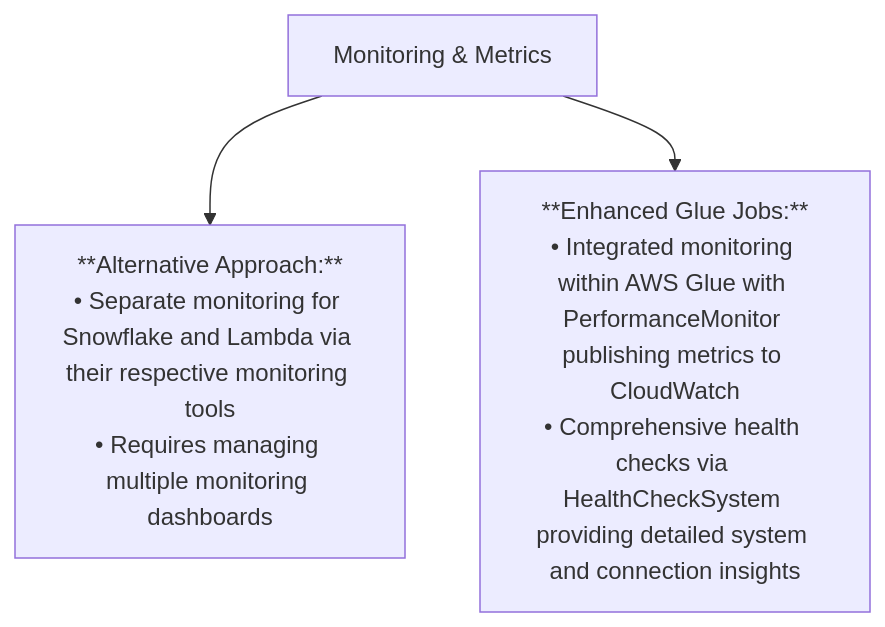
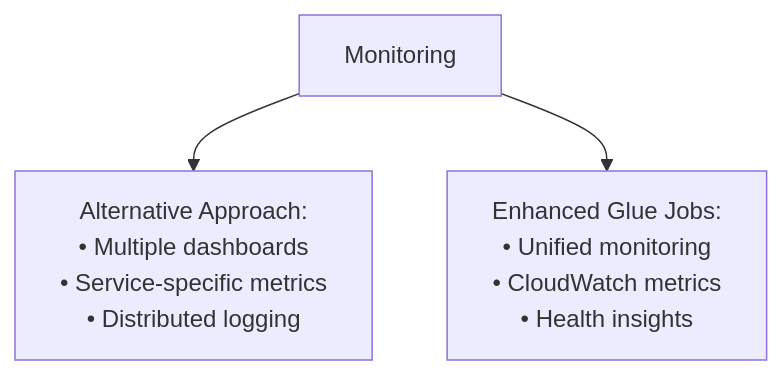
Before and after one commit to veronelazio/wezterm: diagram 15 of 17 in mermaid.md, drawn with Mermaid. The commit also changed other lines of this file, not shown here.

````diff
--- a/mermaid.md
+++ b/mermaid.md
@@ -176,8 +138,5 @@
-``` mermaid
+```mermaid
 flowchart TD
-    %% Monitoring & Metrics
-    M1["Monitoring & Metrics"]
-    M1 --> M2["**Alternative Approach:**<br>• Separate monitoring for Snowflake and Lambda via their respective monitoring tools<br>• Requires managing multiple monitoring dashboards"]
-    M1 --> M3["**Enhanced Glue Jobs:**<br>• Integrated monitoring within AWS Glue with PerformanceMonitor publishing metrics to CloudWatch<br>• Comprehensive health checks via HealthCheckSystem providing detailed system and connection insights"]
-
+    M1["Monitoring"] --> M2["Alternative Approach:<br/>• Multiple dashboards<br/>• Service-specific metrics<br/>• Distributed logging"]
+    M1 --> M3["Enhanced Glue Jobs:<br/>• Unified monitoring<br/>• CloudWatch metrics<br/>• Health insights"]
 ```
````
